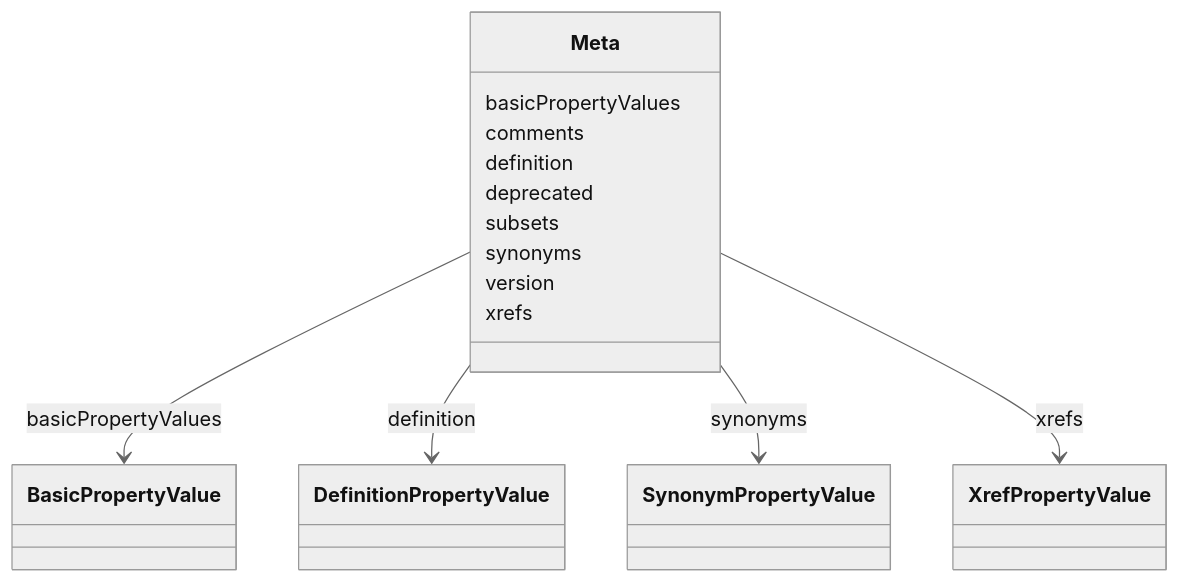
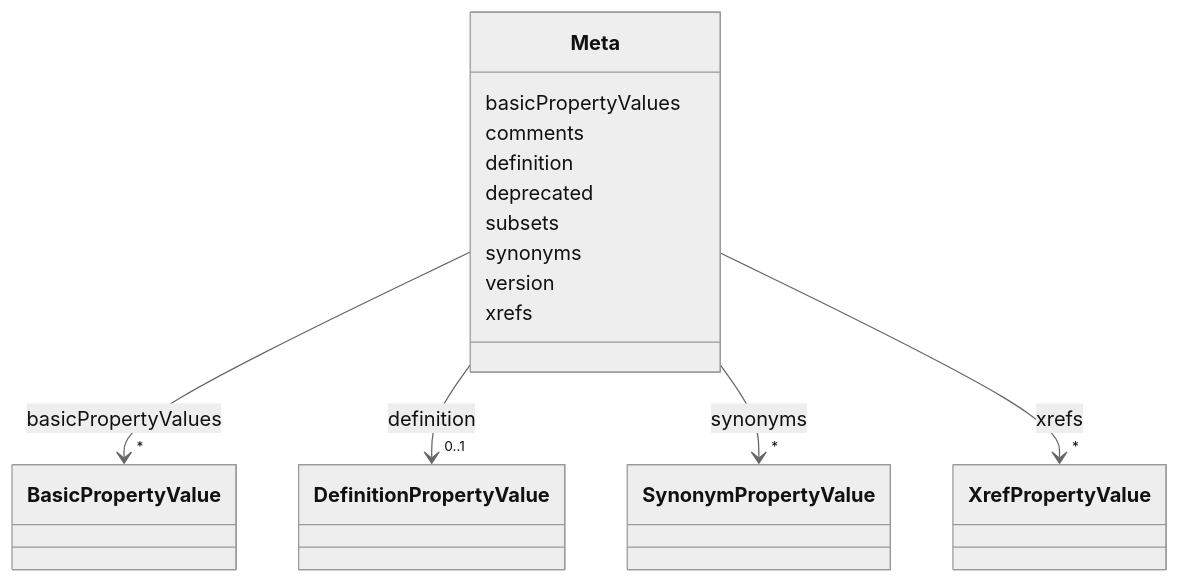
One commit to INCATools/ontology-access-kit changed the diagram in obograph/Meta.md. Above: the diagram before and after it, drawn with Mermaid (neutral theme). The commit also changed other lines of this file and 3329 other files, not shown here.

````diff
--- a/obograph/Meta.md
+++ b/obograph/Meta.md
@@ -17,29 +19,50 @@
 ```{mermaid}
  classDiagram
     class Meta
+    click Meta href "../Meta"
       Meta : basicPropertyValues
         
-          Meta --> BasicPropertyValue : basicPropertyValues
+          
+    
+    
+    Meta --> "*" BasicPropertyValue : basicPropertyValues
+    click BasicPropertyValue href "../BasicPropertyValue"
+
         
       Meta : comments
         
       Meta : definition
         
-          Meta --> DefinitionPropertyValue : definition
+          
+    
+    
+    Meta --> "0..1" DefinitionPropertyValue : definition
+    click DefinitionPropertyValue href "../DefinitionPropertyValue"
+
         
       Meta : deprecated
         
       Meta : subsets
         
       Meta : synonyms
         
-          Meta --> SynonymPropertyValue : synonyms
+          
+    
+    
+    Meta --> "*" SynonymPropertyValue : synonyms
+    click SynonymPropertyValue href "../SynonymPropertyValue"
+
         
       Meta : version
         
       Meta : xrefs
         
-          Meta --> XrefPropertyValue : xrefs
+          
+    
+    
+    Meta --> "*" XrefPropertyValue : xrefs
+    click XrefPropertyValue href "../XrefPropertyValue"
+
         
       
 ```
````
